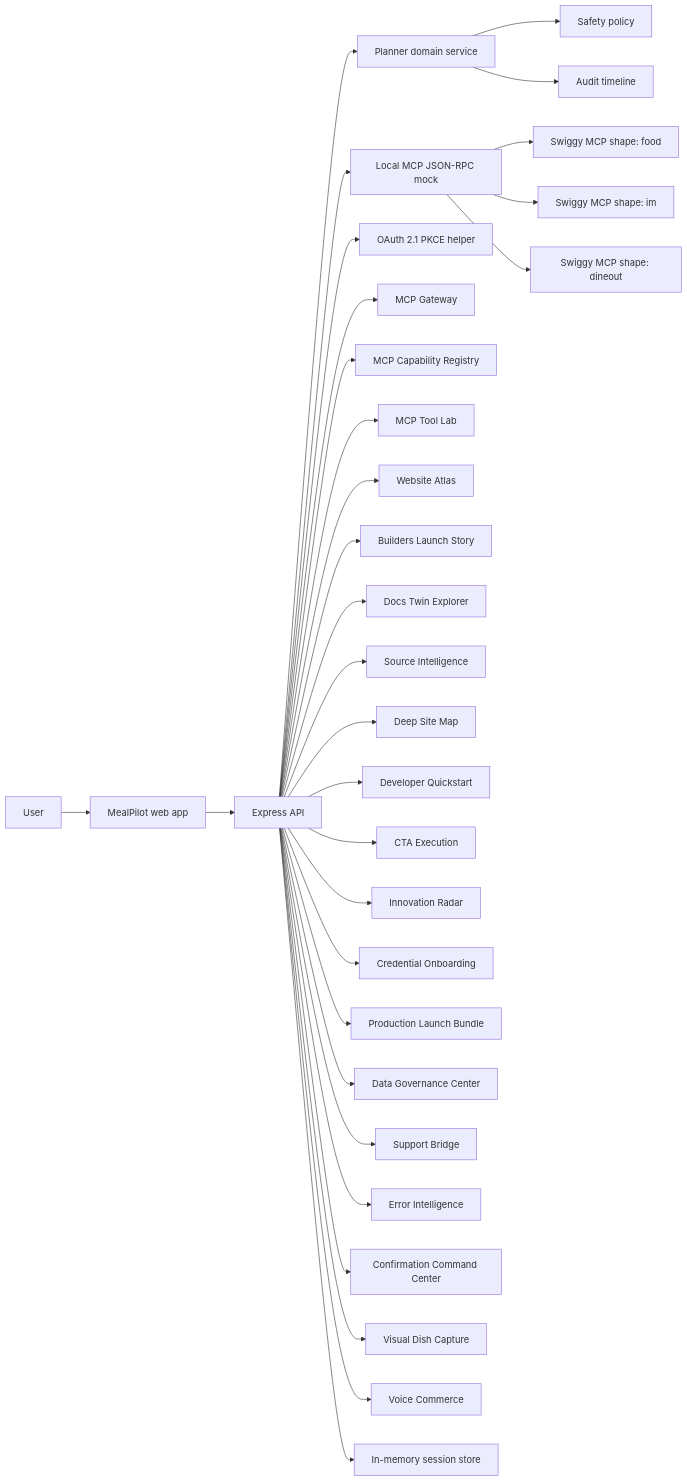
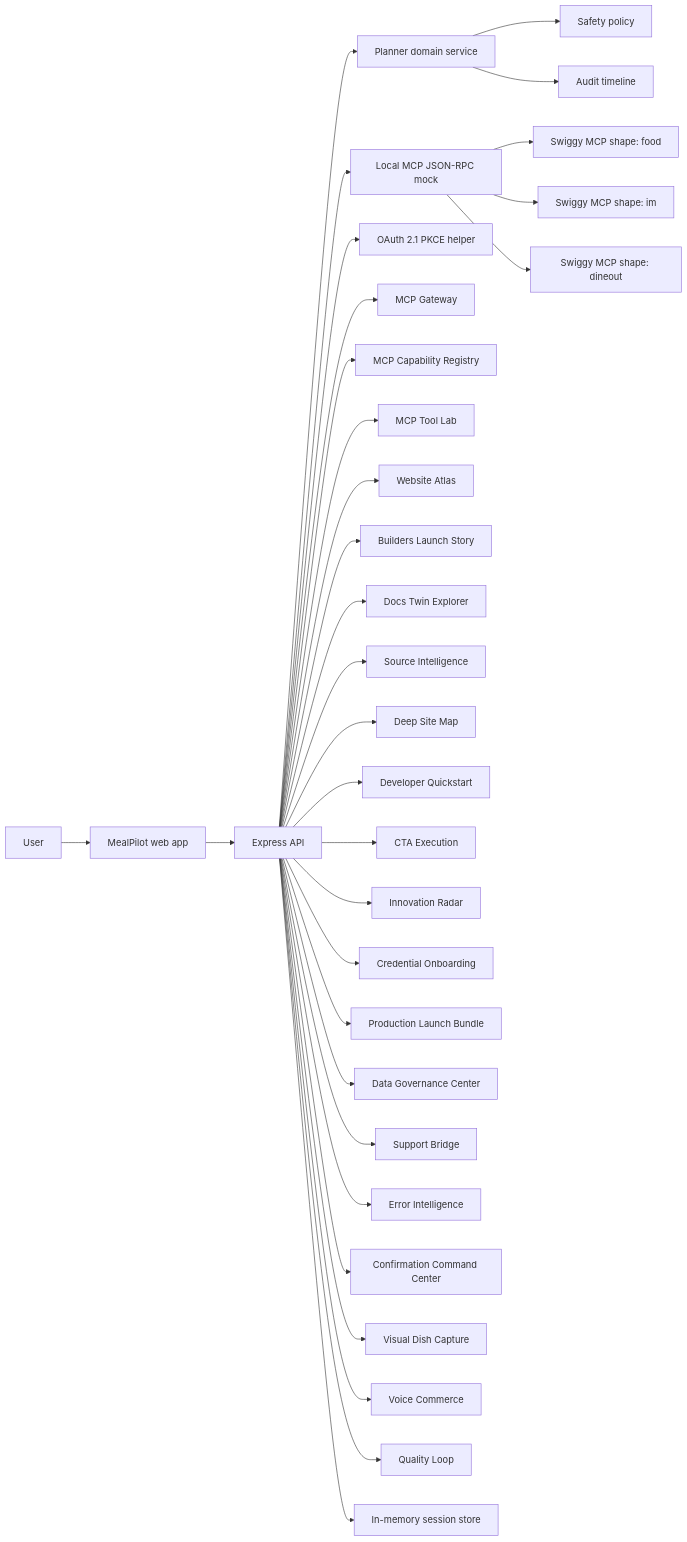
One commit to Farhankhan0128/MealPilot changed the diagram in docs/architecture.md. Above: the diagram before and after it, drawn with Mermaid. The commit also changed other lines of this file and 21 other files, not shown here.

````diff
--- a/docs/architecture.md
+++ b/docs/architecture.md
@@ -7,33 +7,34 @@
 ```mermaid
 flowchart LR
   U["User"] --> UI["MealPilot web app"]
   UI --> API["Express API"]
   API --> Planner["Planner domain service"]
   Planner --> Safety["Safety policy"]
   API --> Mock["Local MCP JSON-RPC mock"]
   API --> Auth["OAuth 2.1 PKCE helper"]
   API --> Gateway["MCP Gateway"]
   API --> Registry["MCP Capability Registry"]
   API --> ToolLab["MCP Tool Lab"]
   API --> Atlas["Website Atlas"]
   API --> Story["Builders Launch Story"]
   API --> DocsTwin["Docs Twin Explorer"]
   API --> SourceIntel["Source Intelligence"]
   API --> DeepMap["Deep Site Map"]
   API --> DevQuick["Developer Quickstart"]
   API --> CtaExec["CTA Execution"]
   API --> Innovation["Innovation Radar"]
   API --> Credential["Credential Onboarding"]
   API --> Launch["Production Launch Bundle"]
   API --> DataGov["Data Governance Center"]
   API --> Support["Support Bridge"]
   API --> Errors["Error Intelligence"]
   API --> ConfirmCmd["Confirmation Command Center"]
   API --> DishCapture["Visual Dish Capture"]
   API --> VoiceCommerce["Voice Commerce"]
+  API --> QualityLoop["Quality Loop"]
   Mock --> Food["Swiggy MCP shape: food"]
   Mock --> IM["Swiggy MCP shape: im"]
   Mock --> Dineout["Swiggy MCP shape: dineout"]
   API --> Store["In-memory session store"]
   Planner --> Obs["Audit timeline"]
 ```
````
